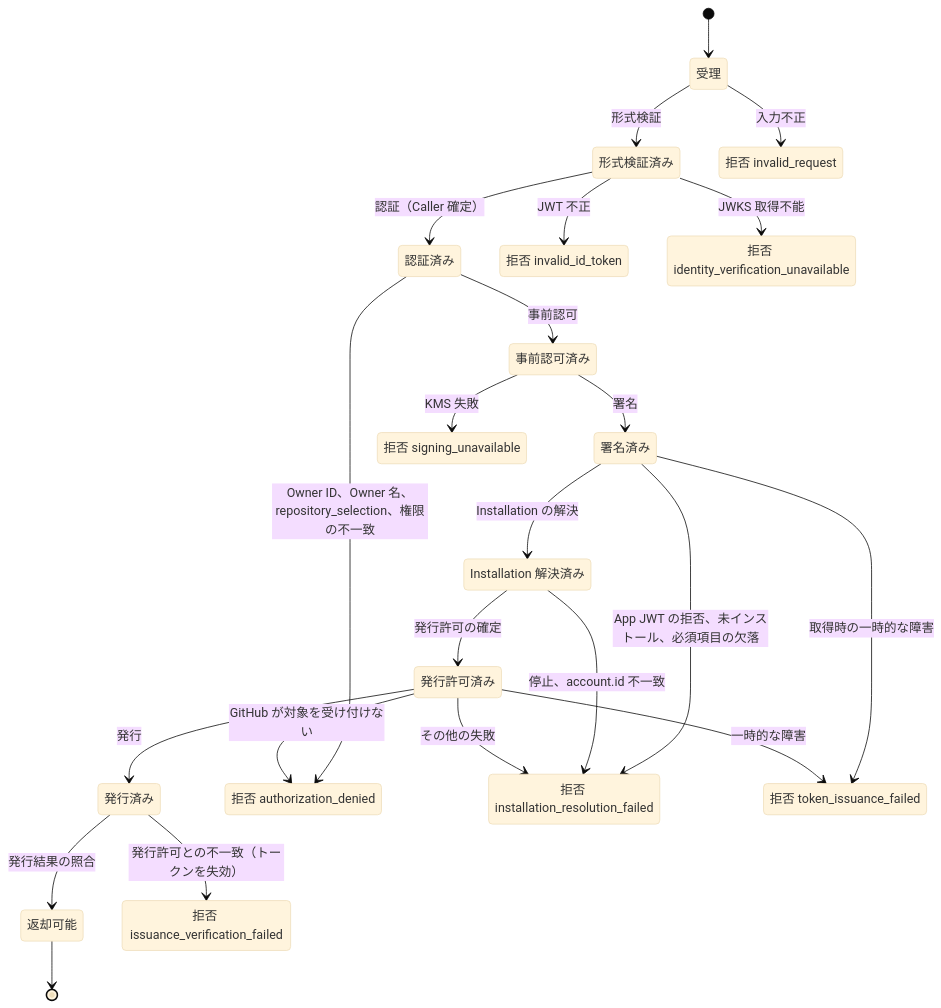
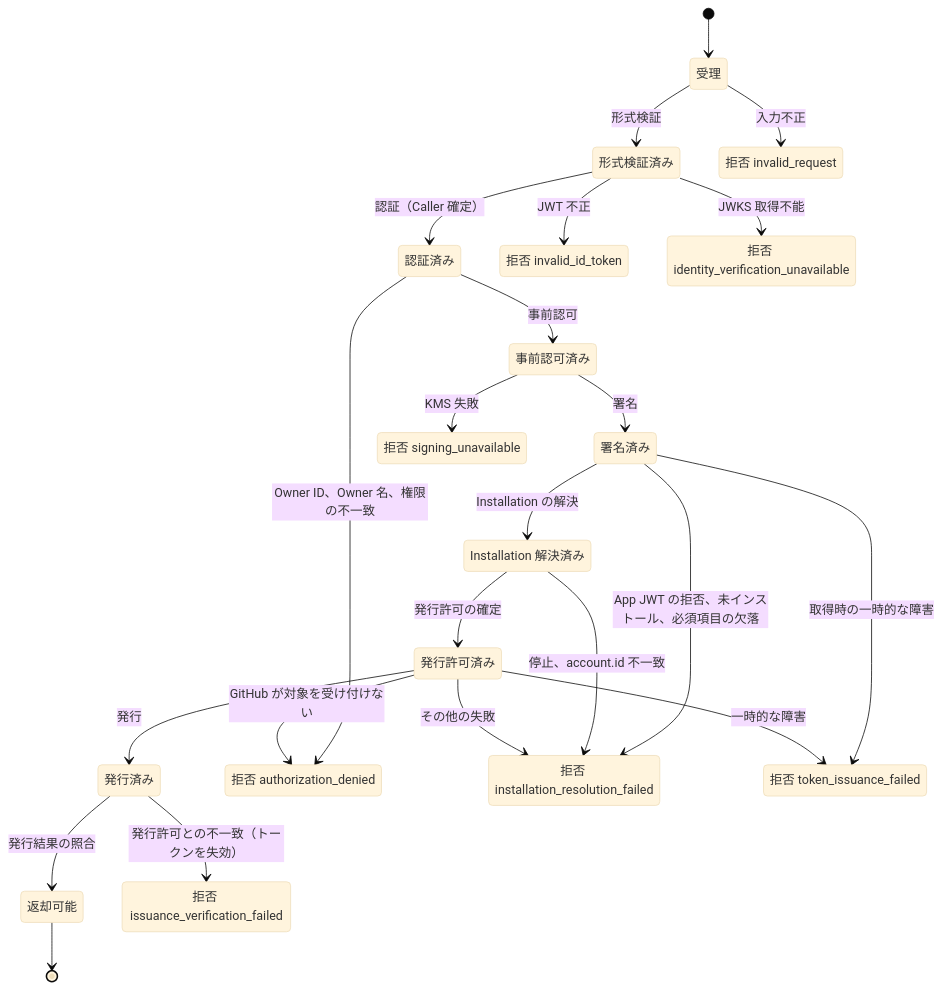
The second of 3 diagrams in docs/design/domain.md (tmknom/gates), drawn with Mermaid (base theme) before and after one commit. The commit also changed other lines of this file and 17 other files, not shown here.

````diff
--- a/docs/design/domain.md
+++ b/docs/design/domain.md
@@ -245,42 +248,42 @@
 ```mermaid
 stateDiagram-v2
   state "受理" as received
   state "形式検証済み" as validated
   state "認証済み" as authenticated
   state "事前認可済み" as preauthorized
   state "署名済み" as signed
   state "Installation 解決済み" as resolved
   state "発行許可済み" as granted
   state "発行済み" as issued
   state "返却可能" as returnable
   state "拒否 invalid_request" as rej_request
   state "拒否 invalid_id_token" as rej_token
   state "拒否 identity_verification_unavailable" as rej_jwks
   state "拒否 authorization_denied" as rej_authz
   state "拒否 signing_unavailable" as rej_sign
   state "拒否 installation_resolution_failed" as rej_resolve
   state "拒否 token_issuance_failed" as rej_issue
   state "拒否 issuance_verification_failed" as rej_verify
   [*] --> received
   received --> validated : 形式検証
   received --> rej_request : 入力不正
   validated --> authenticated : 認証（Caller 確定）
   validated --> rej_token : JWT 不正
   validated --> rej_jwks : JWKS 取得不能
   authenticated --> preauthorized : 事前認可
-  authenticated --> rej_authz : Owner ID、Owner 名、repository_selection、権限の不一致
+  authenticated --> rej_authz : Owner ID、Owner 名、権限の不一致
   preauthorized --> signed : 署名
   preauthorized --> rej_sign : KMS 失敗
   signed --> resolved : Installation の解決
   signed --> rej_resolve : App JWT の拒否、未インストール、必須項目の欠落
   signed --> rej_issue : 取得時の一時的な障害
   resolved --> granted : 発行許可の確定
   resolved --> rej_resolve : 停止、account.id 不一致
   granted --> issued : 発行
   granted --> rej_authz : GitHub が対象を受け付けない
   granted --> rej_issue : 一時的な障害
   granted --> rej_resolve : その他の失敗
   issued --> returnable : 発行結果の照合
   issued --> rej_verify : 発行許可との不一致（トークンを失効）
   returnable --> [*]
 ```
````
